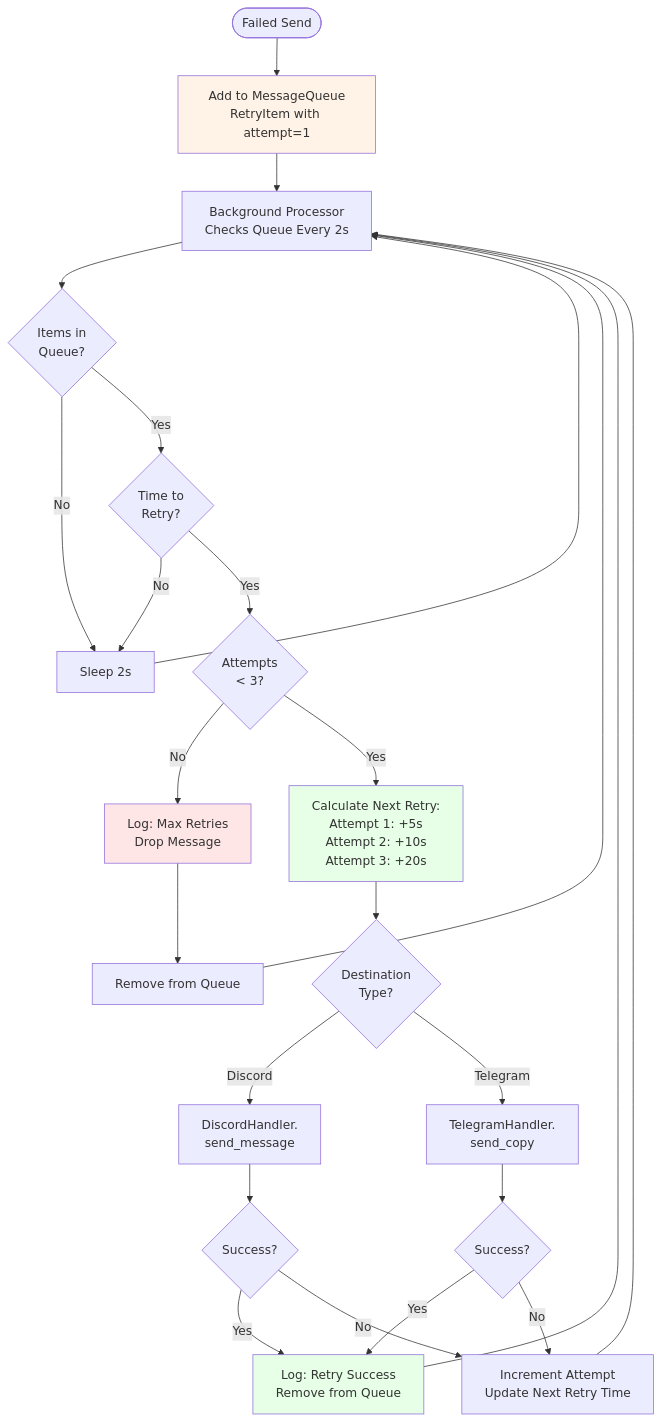
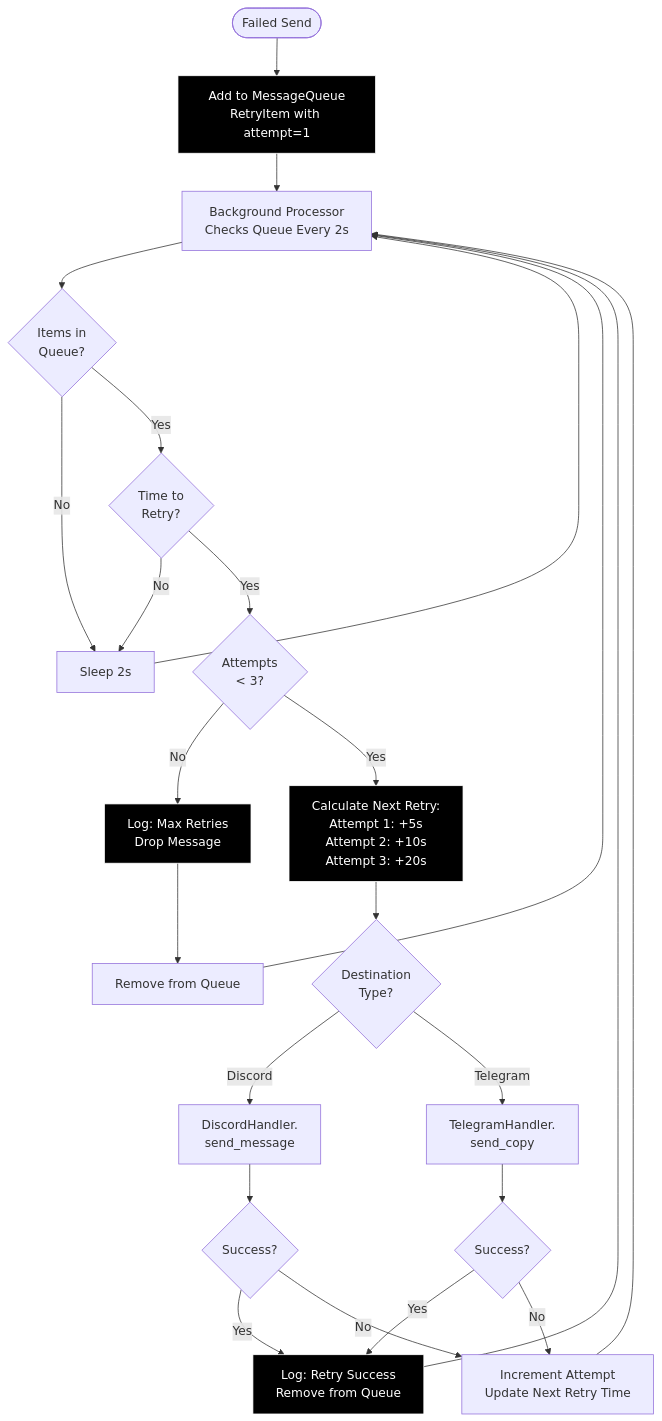
The second of 2 diagrams in docs/data-flow.md (Dysrhythmic/Watchtower), drawn with Mermaid before and after one commit. The commit also changed other lines of this file and 4 other files, not shown here.

First line of the commit message:
Fix Mermaid syntax errors and switch to black box theme

````diff
--- a/docs/data-flow.md
+++ b/docs/data-flow.md
@@ -136,41 +136,41 @@
 ```mermaid
 flowchart TD
     Start([Failed Send])
     Start --> Enqueue[Add to MessageQueue<br/>RetryItem with attempt=1]
     Enqueue --> Background[Background Processor<br/>Checks Queue Every 2s]
 
     Background --> CheckQueue{Items in<br/>Queue?}
     CheckQueue -->|No| Sleep[Sleep 2s]
     Sleep --> Background
 
     CheckQueue -->|Yes| CheckTime{Time to<br/>Retry?}
     CheckTime -->|No| Sleep
     CheckTime -->|Yes| CheckAttempts{Attempts<br/>< 3?}
 
     CheckAttempts -->|No| MaxRetries[Log: Max Retries<br/>Drop Message]
     MaxRetries --> RemoveQueue[Remove from Queue]
     RemoveQueue --> Background
 
     CheckAttempts -->|Yes| CalcBackoff[Calculate Next Retry:<br/>Attempt 1: +5s<br/>Attempt 2: +10s<br/>Attempt 3: +20s]
     CalcBackoff --> RetryType{Destination<br/>Type?}
 
     RetryType -->|Discord| RetryDiscord[DiscordHandler.<br/>send_message]
     RetryType -->|Telegram| RetryTelegram[TelegramHandler.<br/>send_copy]
 
     RetryDiscord --> DiscordResult{Success?}
     RetryTelegram --> TelegramResult{Success?}
 
     DiscordResult -->|Yes| Success[Log: Retry Success<br/>Remove from Queue]
     TelegramResult -->|Yes| Success
 
     DiscordResult -->|No| Increment[Increment Attempt<br/>Update Next Retry Time]
     TelegramResult -->|No| Increment
 
     Increment --> Background
     Success --> Background
 
-    style Enqueue fill:#fff2e6
-    style CalcBackoff fill:#e6ffe6
-    style Success fill:#e6ffe6
-    style MaxRetries fill:#ffe6e6
+    style Enqueue fill:#000,stroke:#fff,color:#fff
+    style CalcBackoff fill:#000,stroke:#fff,color:#fff
+    style Success fill:#000,stroke:#fff,color:#fff
+    style MaxRetries fill:#000,stroke:#fff,color:#fff
 ```
````
